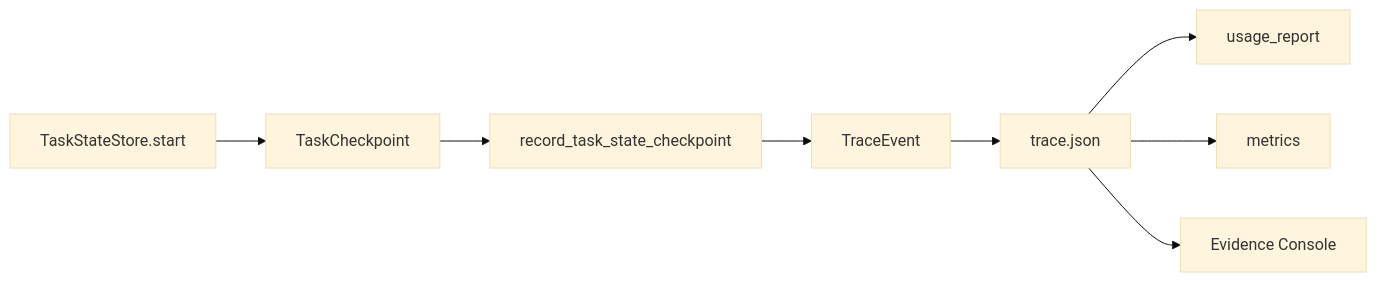
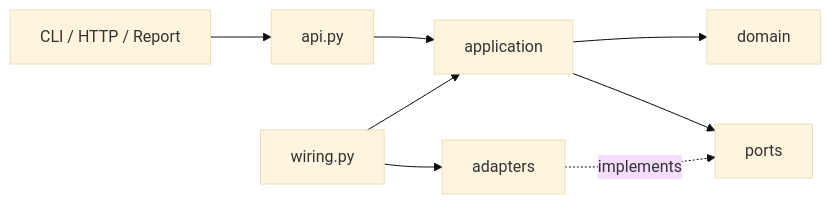
One commit to semi-hollow/NanoHarness changed the second of 5 diagrams in docs/guides/code-reading-map.md. Above: the diagram before and after it, drawn with Mermaid (base theme). The commit also changed other lines of this file and 234 other files, not shown here.

Commit message:
Refactor capability boundaries and architecture

````diff
--- a/docs/guides/code-reading-map.md
+++ b/docs/guides/code-reading-map.md
@@ -144,10 +44,10 @@
 ```mermaid
 flowchart LR
-    Start["TaskStateStore.start"] --> Object["TaskCheckpoint"]
-    Object --> Method["record_task_state_checkpoint"]
-    Method --> Event["TraceEvent"]
-    Event --> JSON["trace.json"]
-    JSON --> Usage["usage_report"]
-    JSON --> Metrics["metrics"]
-    JSON --> UI["Evidence Console"]
+    API["api.py"] --> App["application"]
+    App --> Domain["domain"]
+    App --> Ports["ports"]
+    Wiring["wiring.py"] --> App
+    Wiring --> Adapters["adapters"]
+    Adapters -. implements .-> Ports
+    Presentation["CLI / HTTP / Report"] --> API
 ```
````
